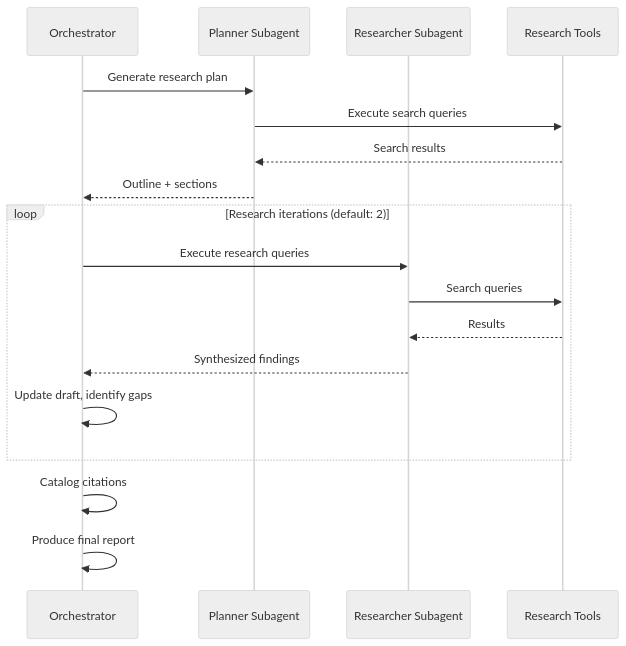
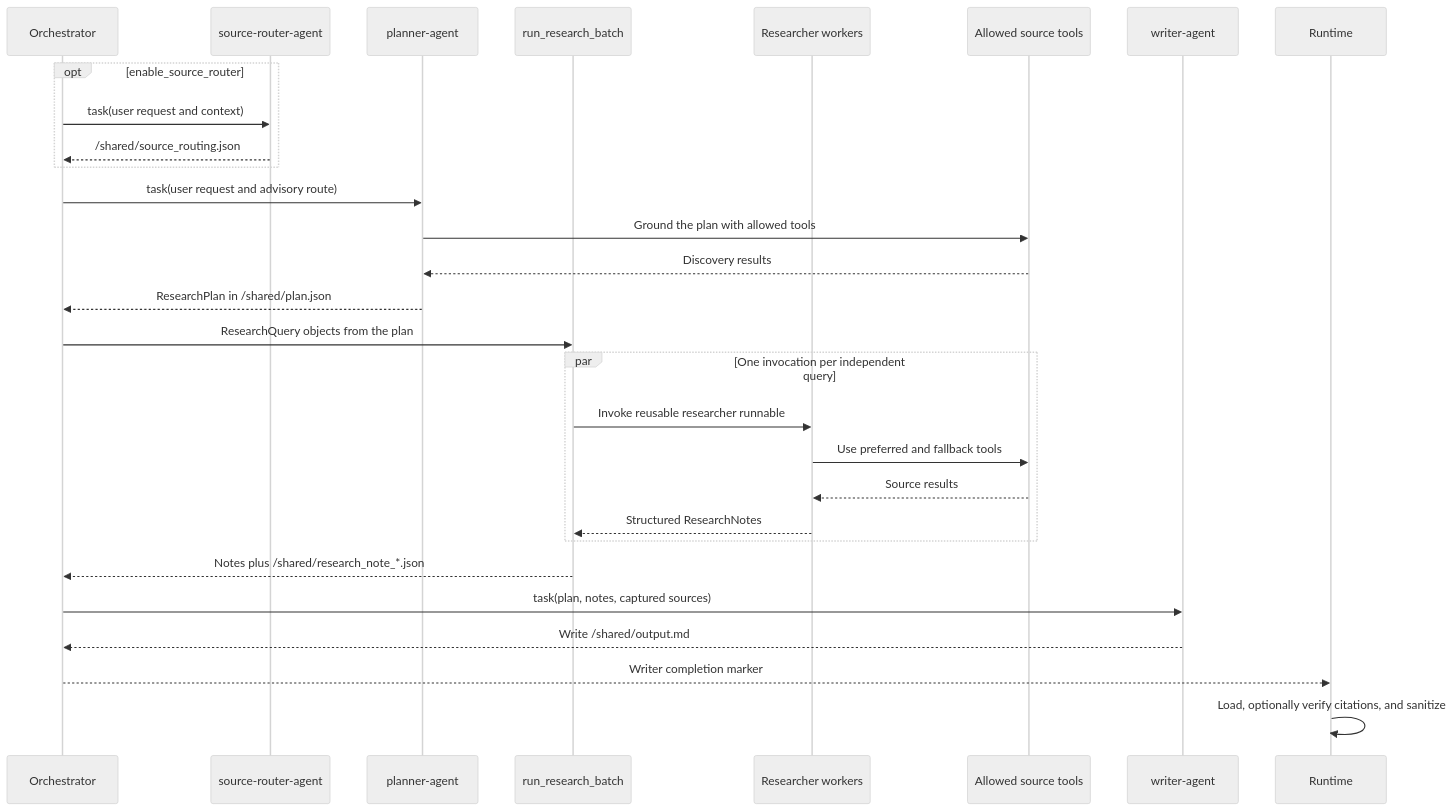
One commit to aalmahrooqi/aiq-financial changed the second of 2 diagrams in docs/source/architecture/agents/deep-researcher.md. Above: the diagram before and after it, drawn with Mermaid (neutral theme). The commit also changed other lines of this file and 32 other files, not shown here.

````diff
--- a/docs/source/architecture/agents/deep-researcher.md
+++ b/docs/source/architecture/agents/deep-researcher.md
@@ -62,23 +65,32 @@
 ```mermaid
 sequenceDiagram
     participant O as Orchestrator
-    participant P as Planner Subagent
-    participant R as Researcher Subagent
-    participant T as Research Tools
+    participant S as source-router-agent
+    participant P as planner-agent
+    participant B as run_research_batch
+    participant R as Researcher workers
+    participant T as Allowed source tools
+    participant W as writer-agent
+    participant X as Runtime
 
-    O->>P: Generate research plan
-    P->>T: Execute search queries
-    T-->>P: Search results
-    P-->>O: Outline + sections
-
-    loop Research iterations (default: 2)
-        O->>R: Execute research queries
-        R->>T: Search queries
-        T-->>R: Results
-        R-->>O: Synthesized findings
-        O->>O: Update draft, identify gaps
+    opt enable_source_router
+        O->>S: task(user request and context)
+        S-->>O: /shared/source_routing.json
     end
-
-    O->>O: Catalog citations
-    O->>O: Produce final report
+    O->>P: task(user request and advisory route)
+    P->>T: Ground the plan with allowed tools
+    T-->>P: Discovery results
+    P-->>O: ResearchPlan in /shared/plan.json
+    O->>B: ResearchQuery objects from the plan
+    par One invocation per independent query
+        B->>R: Invoke reusable researcher runnable
+        R->>T: Use preferred and fallback tools
+        T-->>R: Source results
+        R-->>B: Structured ResearchNotes
+    end
+    B-->>O: Notes plus /shared/research_note_*.json
+    O->>W: task(plan, notes, captured sources)
+    W-->>O: Write /shared/output.md
+    O-->>X: Writer completion marker
+    X->>X: Load, optionally verify citations, and sanitize
 ```
````
